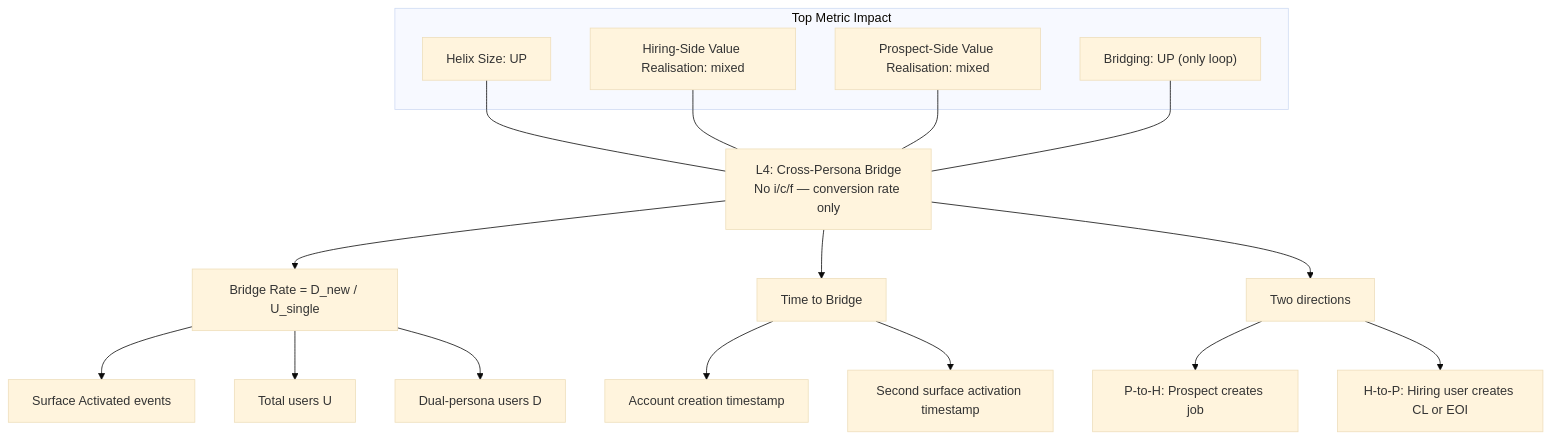
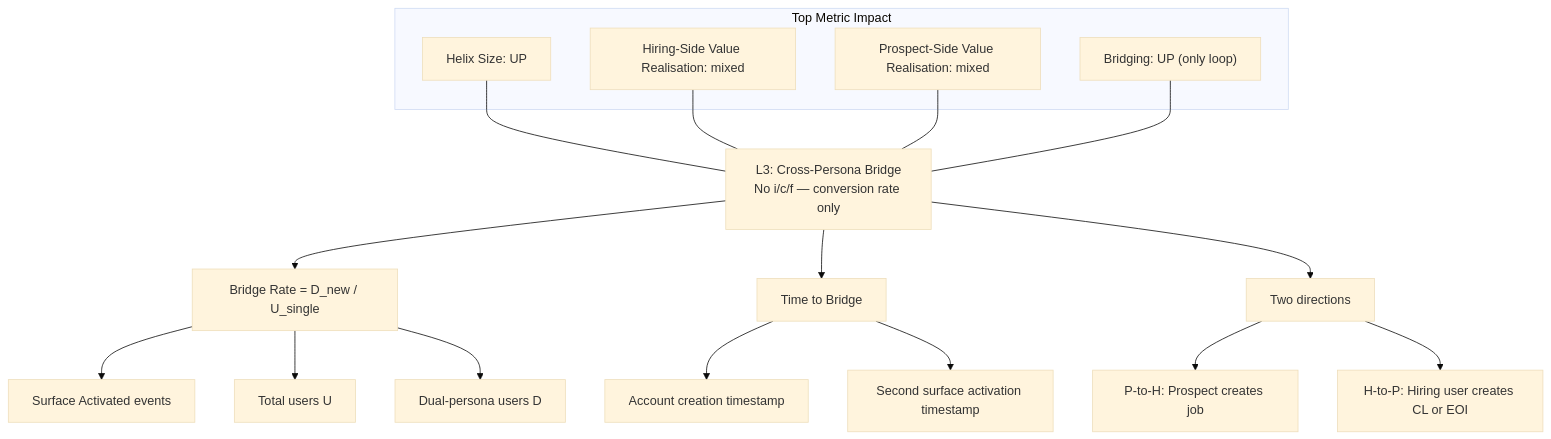
Before and after one commit to Zipstorm/jobpilot-presentation: the sixth of 14 diagrams in presentations/helix-nms-detailed/slides_act3_act4.md, drawn with Mermaid (base theme). The commit also changed other lines of this file and 10 other files, not shown here.

````diff
--- a/presentations/helix-nms-detailed/slides_act3_act4.md
+++ b/presentations/helix-nms-detailed/slides_act3_act4.md
@@ -307,30 +227,30 @@
 ```mermaid
 graph TD
     subgraph impact ["Top Metric Impact"]
         SIZE["Helix Size: UP"]
         LIQ["Hiring-Side Value Realisation: mixed"]
         ACT["Prospect-Side Value Realisation: mixed"]
         BRG["Bridging: UP (only loop)"]
     end
 
-    L4["L4: Cross-Persona Bridge<br/>No i/c/f — conversion rate only"]
+    L3["L3: Cross-Persona Bridge<br/>No i/c/f — conversion rate only"]
 
-    SIZE --- L4
-    LIQ --- L4
-    ACT --- L4
-    BRG --- L4
+    SIZE --- L3
+    LIQ --- L3
+    ACT --- L3
+    BRG --- L3
 
-    L4 --> BR["Bridge Rate = D_new / U_single"]
-    L4 --> TtB["Time to Bridge"]
+    L3 --> BR["Bridge Rate = D_new / U_single"]
+    L3 --> TtB["Time to Bridge"]
 
     BR --> b1["Surface Activated events"]
     BR --> b2["Total users U"]
     BR --> b3["Dual-persona users D"]
 
     TtB --> t1["Account creation timestamp"]
     TtB --> t2["Second surface activation timestamp"]
 
-    L4 --> dir["Two directions"]
+    L3 --> dir["Two directions"]
     dir --> PtoH["P-to-H: Prospect creates job"]
     dir --> HtoP["H-to-P: Hiring user creates CL or EOI"]
 ```
````
